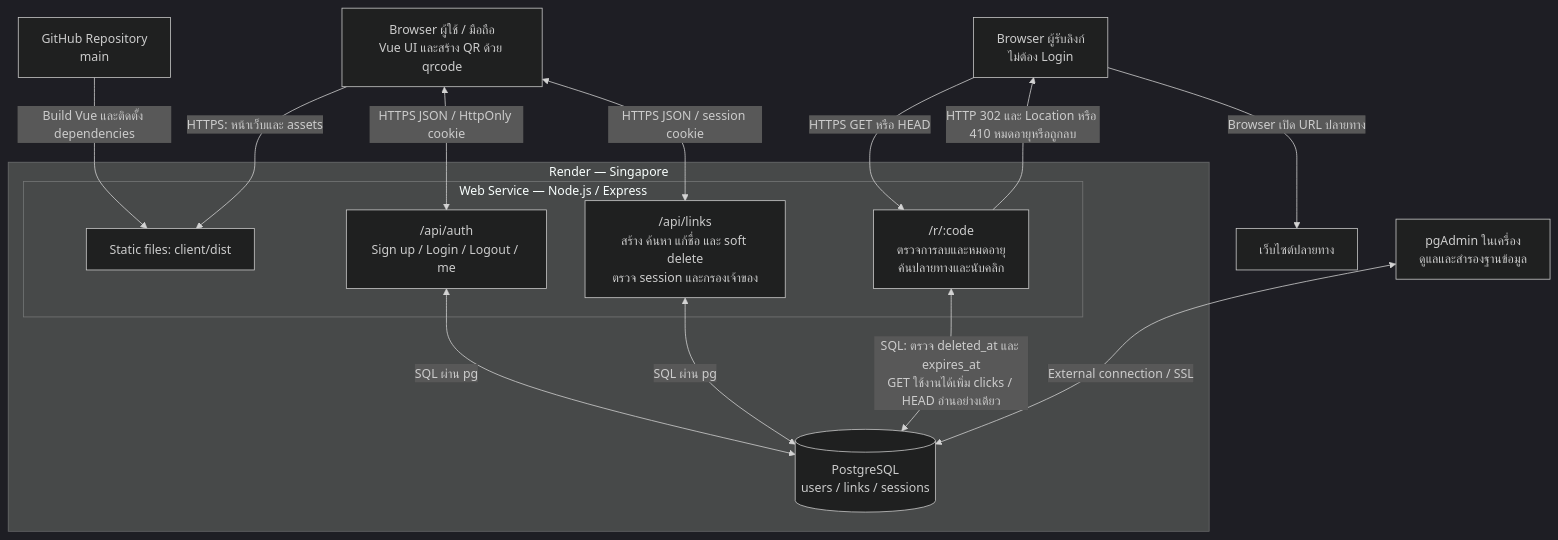
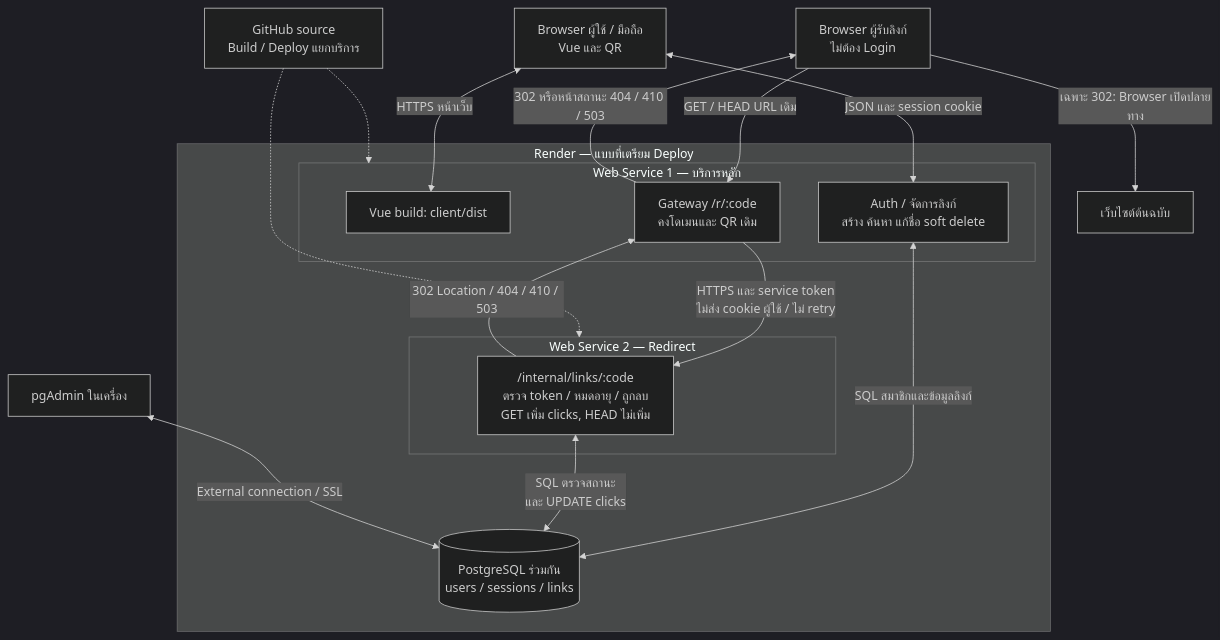
One commit to Nawaphon05/Short-Url changed the diagram in docs/ARCHITECTURE.md. Above: the diagram before and after it, drawn with Mermaid (dark theme). The commit also changed other lines of this file and 30 other files, not shown here.

````diff
--- a/docs/ARCHITECTURE.md
+++ b/docs/ARCHITECTURE.md
@@ -11,28 +9,31 @@
 ```mermaid
 flowchart TB
-    B["Browser ผู้ใช้ / มือถือ<br/>Vue UI และสร้าง QR ด้วย qrcode"]
+    B["Browser ผู้ใช้ / มือถือ<br/>Vue และ QR"]
     V["Browser ผู้รับลิงก์<br/>ไม่ต้อง Login"]
-    G["GitHub Repository<br/>main"]
-    subgraph Render["Render — Singapore"]
-        subgraph Web["Web Service — Node.js / Express"]
-            Static["Static files: client/dist"]
-            Auth["/api/auth<br/>Sign up / Login / Logout / me"]
-            Links["/api/links<br/>สร้าง ค้นหา แก้ชื่อ และ soft delete<br/>ตรวจ session และกรองเจ้าของ"]
-            Redirect["/r/:code<br/>ตรวจการลบและหมดอายุ<br/>ค้นปลายทางและนับคลิก"]
+    Git["GitHub source<br/>Build / Deploy แยกบริการ"]
+    subgraph Hosting["Render — แบบที่เตรียม Deploy"]
+        subgraph Core["Web Service 1 — บริการหลัก"]
+            UI["Vue build: client/dist"]
+            API["Auth / จัดการลิงก์<br/>สร้าง ค้นหา แก้ชื่อ soft delete"]
+            Gateway["Gateway /r/:code<br/>คงโดเมนและ QR เดิม"]
         end
-        DB[("PostgreSQL<br/>users / links / sessions")]
+        subgraph Service["Web Service 2 — Redirect"]
+            Resolve["/internal/links/:code<br/>ตรวจ token / หมดอายุ / ถูกลบ<br/>GET เพิ่ม clicks, HEAD ไม่เพิ่ม"]
+        end
+        DB[("PostgreSQL ร่วมกัน<br/>users / sessions / links")]
     end
-    Target["เว็บไซต์ปลายทาง"]
-    Admin["pgAdmin ในเครื่อง<br/>ดูแลและสำรองฐานข้อมูล"]
-    G -->|"Build Vue และติดตั้ง dependencies"| Static
-    B -->|"HTTPS: หน้าเว็บและ assets"| Static
-    B <-->|"HTTPS JSON / HttpOnly cookie"| Auth
-    B <-->|"HTTPS JSON / session cookie"| Links
-    Auth <-->|"SQL ผ่าน pg"| DB
-    Links <-->|"SQL ผ่าน pg"| DB
-    V -->|"HTTPS GET หรือ HEAD"| Redirect
-    Redirect <-->|"SQL: ตรวจ deleted_at และ expires_at<br/>GET ใช้งานได้เพิ่ม clicks / HEAD อ่านอย่างเดียว"| DB
-    Redirect -->|"HTTP 302 และ Location หรือ 410 หมดอายุหรือถูกลบ"| V
-    V -->|"Browser เปิด URL ปลายทาง"| Target
+    Target["เว็บไซต์ต้นฉบับ"]
+    Admin["pgAdmin ในเครื่อง"]
+    Git -.-> Core
+    Git -.-> Service
+    B <-->|"HTTPS หน้าเว็บ"| UI
+    B <-->|"JSON และ session cookie"| API
+    API <-->|"SQL สมาชิกและข้อมูลลิงก์"| DB
+    V -->|"GET / HEAD URL เดิม"| Gateway
+    Gateway -->|"HTTPS และ service token<br/>ไม่ส่ง cookie ผู้ใช้ / ไม่ retry"| Resolve
+    Resolve -->|"302 Location / 404 / 410 / 503"| Gateway
+    Resolve <-->|"SQL ตรวจสถานะ<br/>และ UPDATE clicks"| DB
+    Gateway -->|"302 หรือหน้าสถานะ 404 / 410 / 503"| V
+    V -->|"เฉพาะ 302: Browser เปิดปลายทาง"| Target
     Admin <-->|"External connection / SSL"| DB
 ```
````
